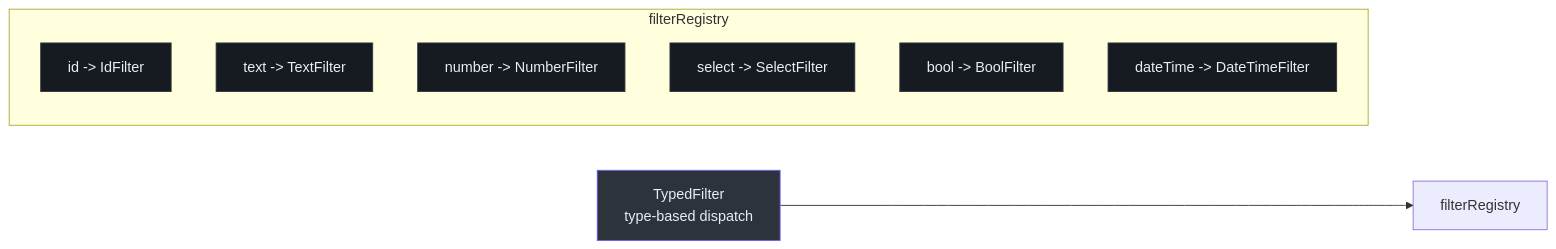
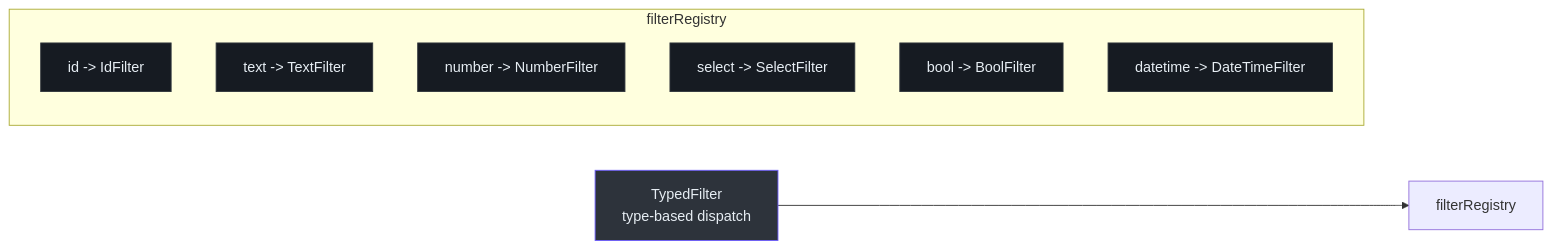
Before and after one commit to Ahoo-Wang/fetcher: the third of 4 diagrams in wiki/packages/viewer.md, drawn with Mermaid. The commit also changed other lines of this file and 1 other file, not shown here.

Commit message:
docs(wiki): use real 'datetime' filter type constant in viewer pages
The filterRegistry registers DateTimeFilter under DATE_TIME_FILTER_NAME
= 'datetime' (lowercase), not 'dateTime'. Fix the FilterField type list,
the filter-system mermaid diagram, and the filter type table in EN and
ZH. Last remaining item from the wiki accuracy audit plan — every other
item was already fixed by #1334 or did not match current source.

````diff
--- a/wiki/packages/viewer.md
+++ b/wiki/packages/viewer.md
@@ -206,22 +206,22 @@
 ```mermaid
 graph LR
     subgraph sg_1 ["filterRegistry"]
         direction TB
         id["id -> IdFilter"]
         text["text -> TextFilter"]
         number["number -> NumberFilter"]
         select["select -> SelectFilter"]
         bool["bool -> BoolFilter"]
-        dateTime["dateTime -> DateTimeFilter"]
+        datetime["datetime -> DateTimeFilter"]
     end
 
     TF["TypedFilter<br>type-based dispatch"] --> filterRegistry
 
     style TF fill:#2d333b,stroke:#6d5dfc,color:#e6edf3
     style id fill:#161b22,stroke:#30363d,color:#e6edf3
     style text fill:#161b22,stroke:#30363d,color:#e6edf3
     style number fill:#161b22,stroke:#30363d,color:#e6edf3
     style select fill:#161b22,stroke:#30363d,color:#e6edf3
     style bool fill:#161b22,stroke:#30363d,color:#e6edf3
-    style dateTime fill:#161b22,stroke:#30363d,color:#e6edf3
+    style datetime fill:#161b22,stroke:#30363d,color:#e6edf3
 ```
````
